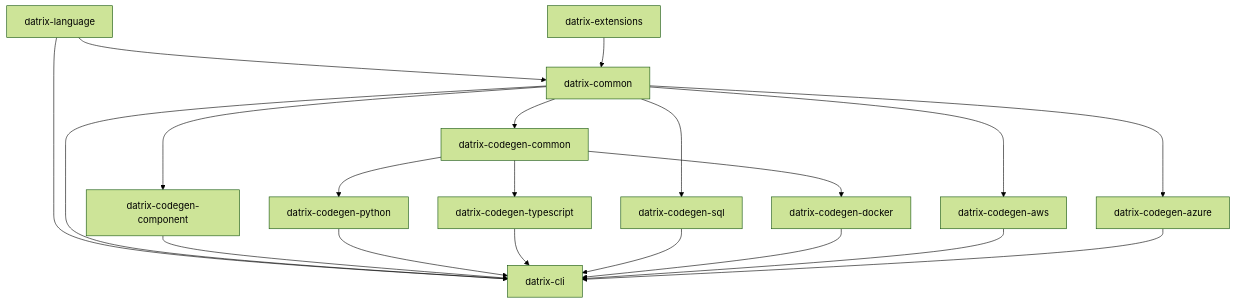
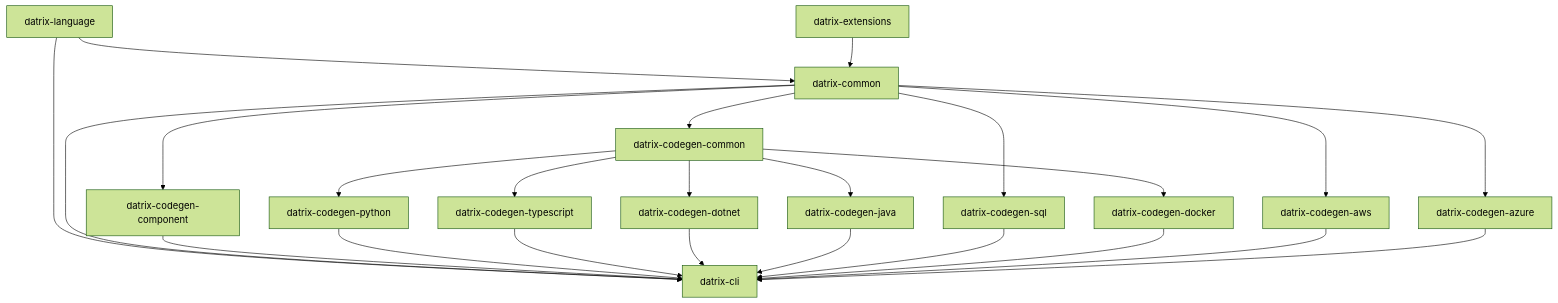
The diagram in docs/architecture/architecture-overview.md (keturk/datrix), drawn with Mermaid (forest theme) before and after one commit. The commit also changed other lines of this file and 11 other files, not shown here.

````diff
--- a/docs/architecture/architecture-overview.md
+++ b/docs/architecture/architecture-overview.md
@@ -68,23 +68,27 @@
 ```mermaid
 graph TD
  A[datrix-common]
  B[datrix-language] --> A
  L[datrix-extensions] --> A
  A --> CC[datrix-codegen-component]
  A --> CGC[datrix-codegen-common]
  CGC --> D[datrix-codegen-python]
  CGC --> E[datrix-codegen-typescript]
+ CGC --> M[datrix-codegen-dotnet]
+ CGC --> N[datrix-codegen-java]
  A --> F[datrix-codegen-sql]
  CGC --> G[datrix-codegen-docker]
  A --> I[datrix-codegen-aws]
  A --> J[datrix-codegen-azure]
  B --> K[datrix-cli]
  A --> K
  CC --> K
  D --> K
  E --> K
+ M --> K
+ N --> K
  F --> K
  G --> K
  I --> K
  J --> K
 ```
````
